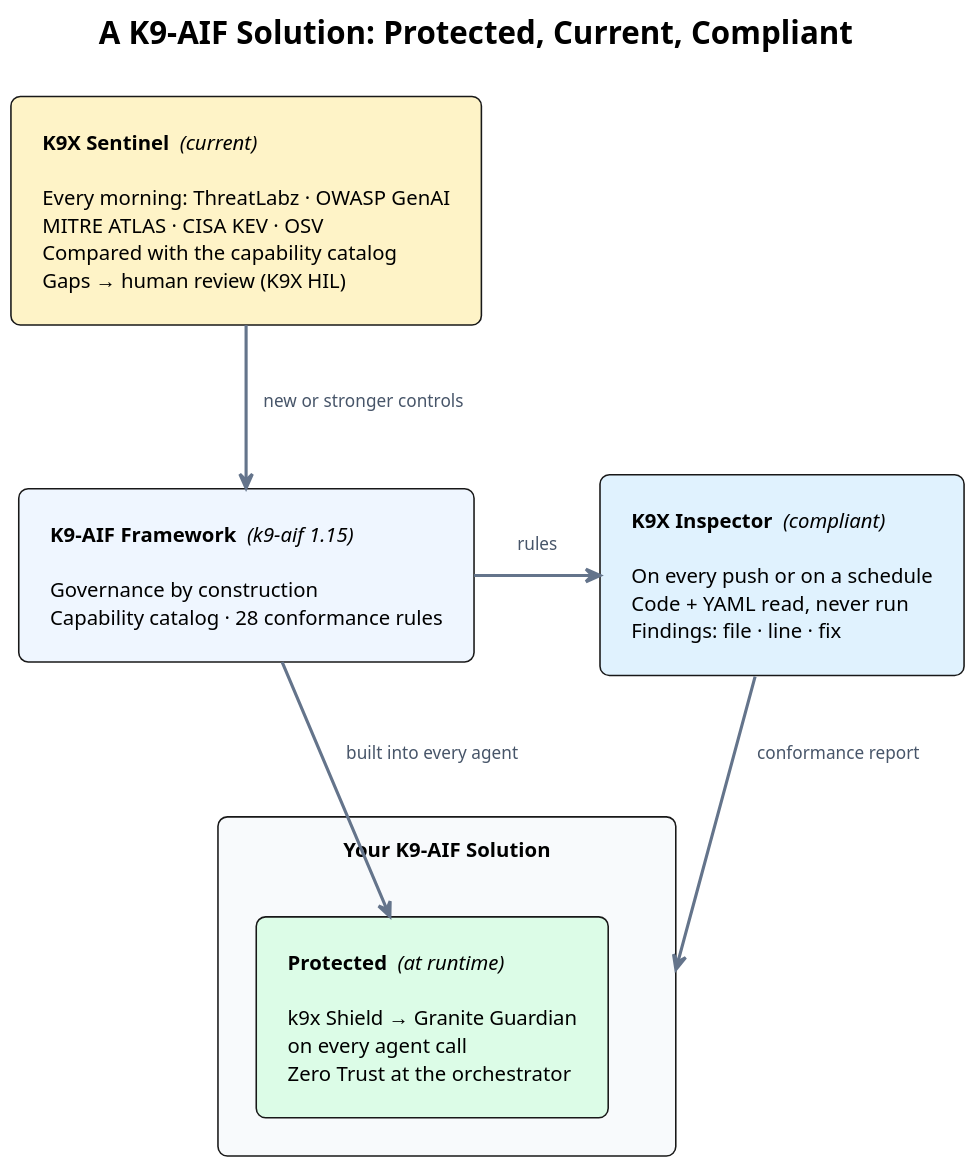
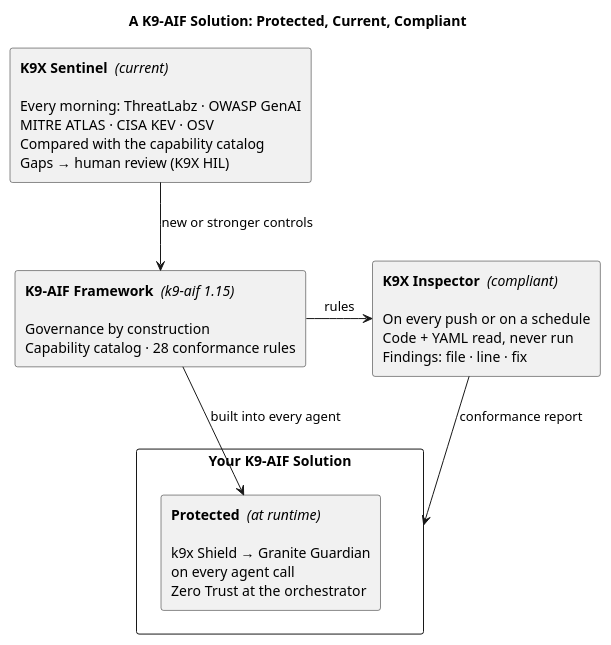
Before and after one commit to k9aif/k9-aif-blogs: the diagram in assets/images/blogs/k9x-protected-current-compliant.puml, drawn with PlantUML. The commit also changed 4 other files, not shown here.

Commit message:
Post: six-step loop with human review and fix sign-off (audit trail); diagrams in default PlantUML style

```diff
--- a/assets/images/blogs/k9x-protected-current-compliant.puml
+++ b/assets/images/blogs/k9x-protected-current-compliant.puml
@@ -1,38 +1,20 @@
 @startuml k9x-protected-current-compliant
 
-skinparam backgroundColor #FFFFFF
-skinparam defaultFontName "Helvetica Neue"
-skinparam defaultFontSize 13
-skinparam padding 10
-skinparam dpi 150
+title A K9-AIF Solution: Protected, Current, Compliant
 
-skinparam rectangle {
-  RoundCorner 12
-  BorderThickness 1
+rectangle "<b>K9X Sentinel</b>  <i>(current)</i>\n\nEvery morning: ThreatLabz · OWASP GenAI\nMITRE ATLAS · CISA KEV · OSV\nCompared with the capability catalog\nGaps → human review (K9X HIL)" as SEN
+
+rectangle "<b>K9-AIF Framework</b>  <i>(k9-aif 1.15)</i>\n\nGovernance by construction\nCapability catalog · 28 conformance rules" as FW
+
+rectangle "<b>Your K9-AIF Solution</b>" as SOL {
+  rectangle "<b>Protected</b>  <i>(at runtime)</i>\n\nk9x Shield → Granite Guardian\non every agent call\nZero Trust at the orchestrator" as PROT
 }
 
-skinparam arrow {
-  Color #64748B
-  FontColor #475569
-  FontSize 11
-  Thickness 2
-}
-
-title <size:20><b>A K9-AIF Solution: Protected, Current, Compliant</b></size>
-
-rectangle "<b>K9X Sentinel</b>  <i>(current)</i>\n\nEvery morning: ThreatLabz · OWASP GenAI\nMITRE ATLAS · CISA KEV · OSV\nCompared with the capability catalog\nGaps → human review (K9X HIL)" as SEN #FEF3C7
-
-rectangle "<b>K9-AIF Framework</b>  <i>(k9-aif 1.15)</i>\n\nGovernance by construction\nCapability catalog · 28 conformance rules" as FW #EFF6FF
-
-rectangle "<b>Your K9-AIF Solution</b>" as SOL #F8FAFC {
-  rectangle "<b>Protected</b>  <i>(at runtime)</i>\n\nk9x Shield → Granite Guardian\non every agent call\nZero Trust at the orchestrator" as PROT #DCFCE7
-}
-
-rectangle "<b>K9X Inspector</b>  <i>(compliant)</i>\n\nOn every push or on a schedule\nCode + YAML read, never run\nFindings: file · line · fix" as INS #E0F2FE
+rectangle "<b>K9X Inspector</b>  <i>(compliant)</i>\n\nOn every push or on a schedule\nCode + YAML read, never run\nFindings: file · line · fix" as INS
 
 SEN -down-> FW : new or stronger controls
 FW -down-> PROT : built into every agent
 FW -right-> INS : rules
 INS -down-> SOL : conformance report
 
 @enduml
```
